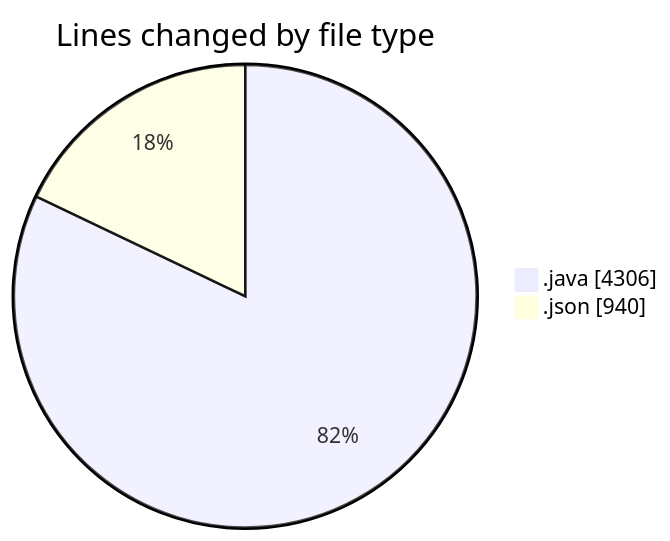
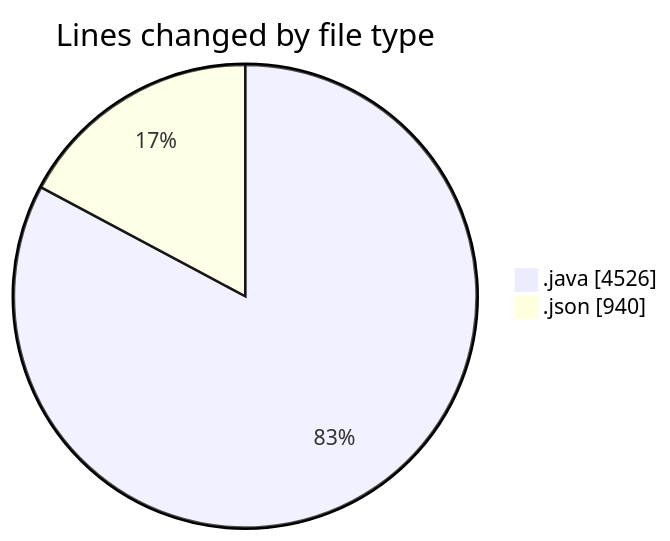
One commit to ricardozamudiocil/code-tracking changed the first of 2 diagrams in 2026-04-24/cilapp/README.md. Above: the diagram before and after it, drawn with Mermaid. The commit also changed other lines of this file and 1 other file, not shown here.

````diff
--- a/2026-04-24/cilapp/README.md
+++ b/2026-04-24/cilapp/README.md
@@ -24,6 +24,6 @@
 ```mermaid
 pie showData
 title Lines changed by file type
-".java" : 4306
+".java" : 4526
 ".json" : 940
 ```
````
